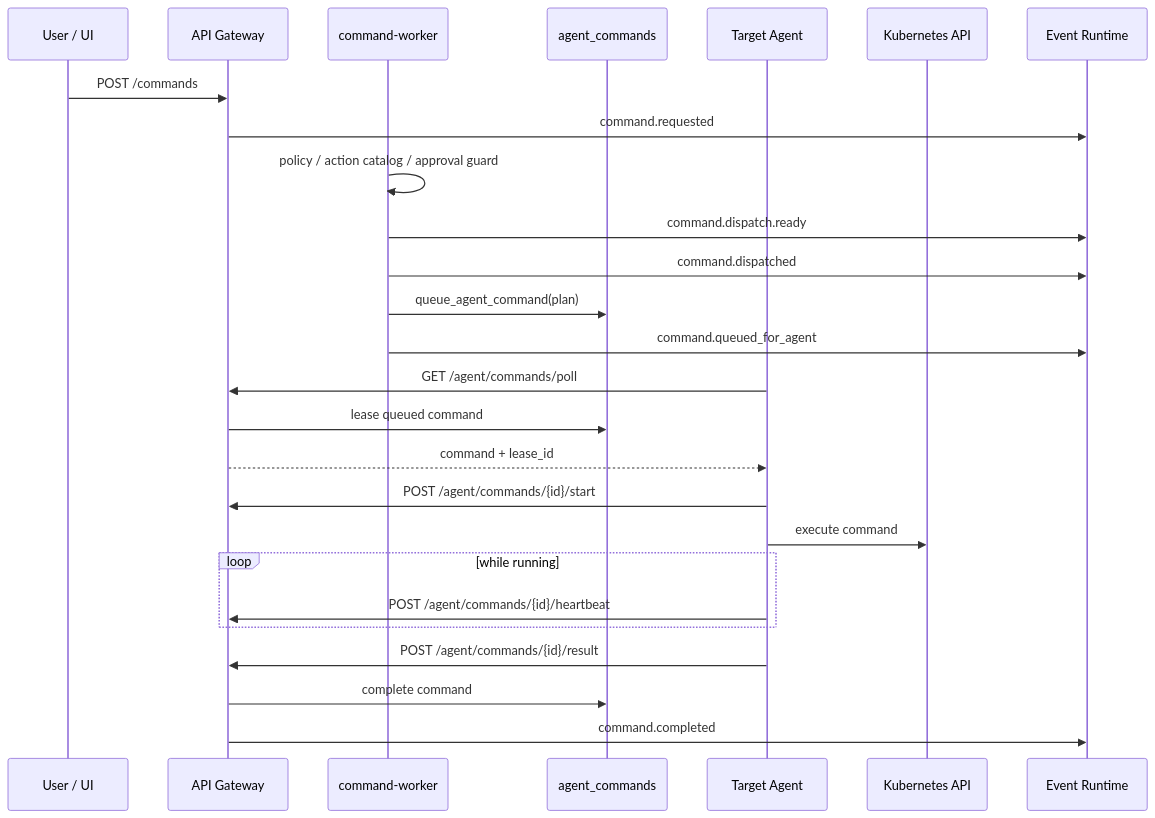
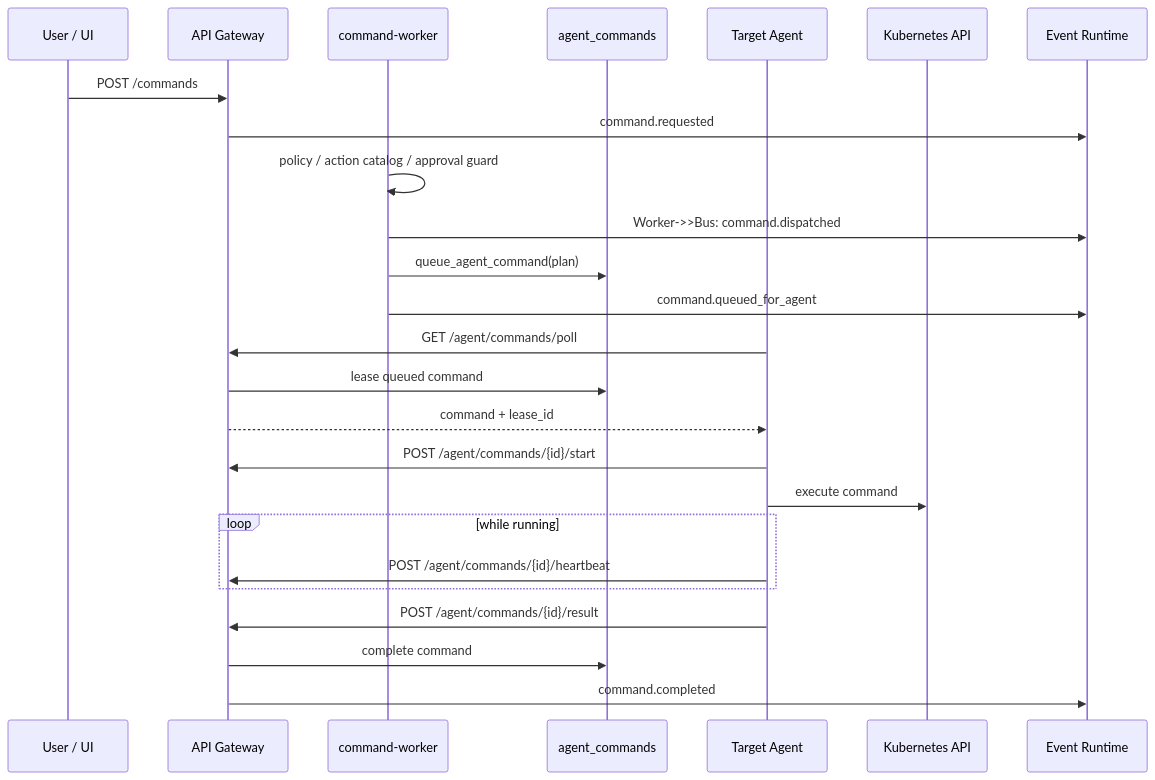
Before and after one commit to Jungle-303-04/final: the first of 2 diagrams in docs/team/member-guides/target-agent-command-evidence-flow.md, drawn with Mermaid. The commit also changed other lines of this file and 20 other files, not shown here.

````diff
--- a/docs/team/member-guides/target-agent-command-evidence-flow.md
+++ b/docs/team/member-guides/target-agent-command-evidence-flow.md
@@ -37,29 +37,28 @@
 ```mermaid
 sequenceDiagram
     participant User as User / UI
     participant Gateway as API Gateway
     participant Worker as command-worker
     participant DB as agent_commands
     participant Agent as Target Agent
     participant K8s as Kubernetes API
     participant Bus as Event Runtime
 
     User->>Gateway: POST /commands
     Gateway->>Bus: command.requested
     Worker->>Worker: policy / action catalog / approval guard
-    Worker->>Bus: command.dispatch.ready
-    Worker->>Bus: command.dispatched
+    Worker->>Bus:     Worker->>Bus: command.dispatched
     Worker->>DB: queue_agent_command(plan)
     Worker->>Bus: command.queued_for_agent
     Agent->>Gateway: GET /agent/commands/poll
     Gateway->>DB: lease queued command
     Gateway-->>Agent: command + lease_id
     Agent->>Gateway: POST /agent/commands/{id}/start
     Agent->>K8s: execute command
     loop while running
         Agent->>Gateway: POST /agent/commands/{id}/heartbeat
     end
     Agent->>Gateway: POST /agent/commands/{id}/result
     Gateway->>DB: complete command
     Gateway->>Bus: command.completed
 ```
````
